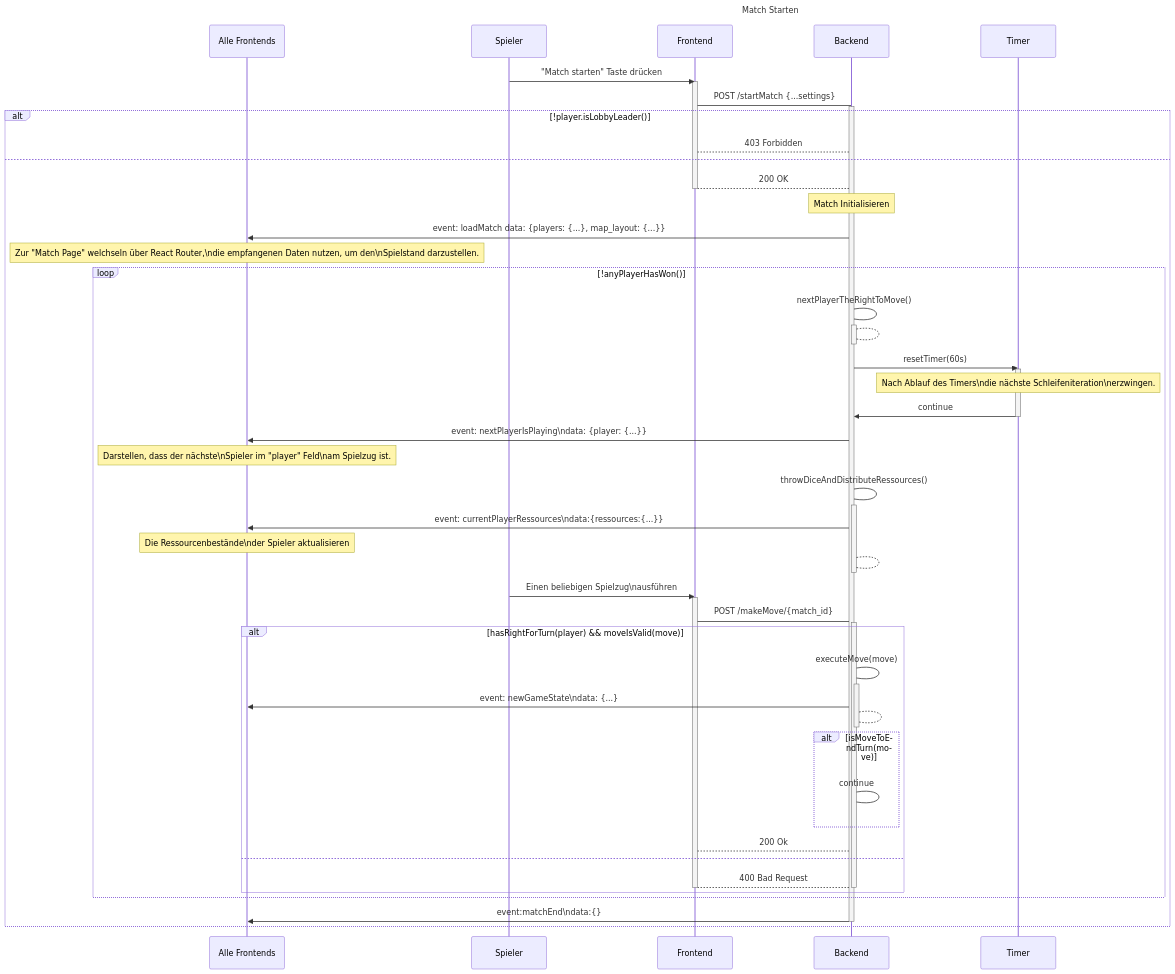
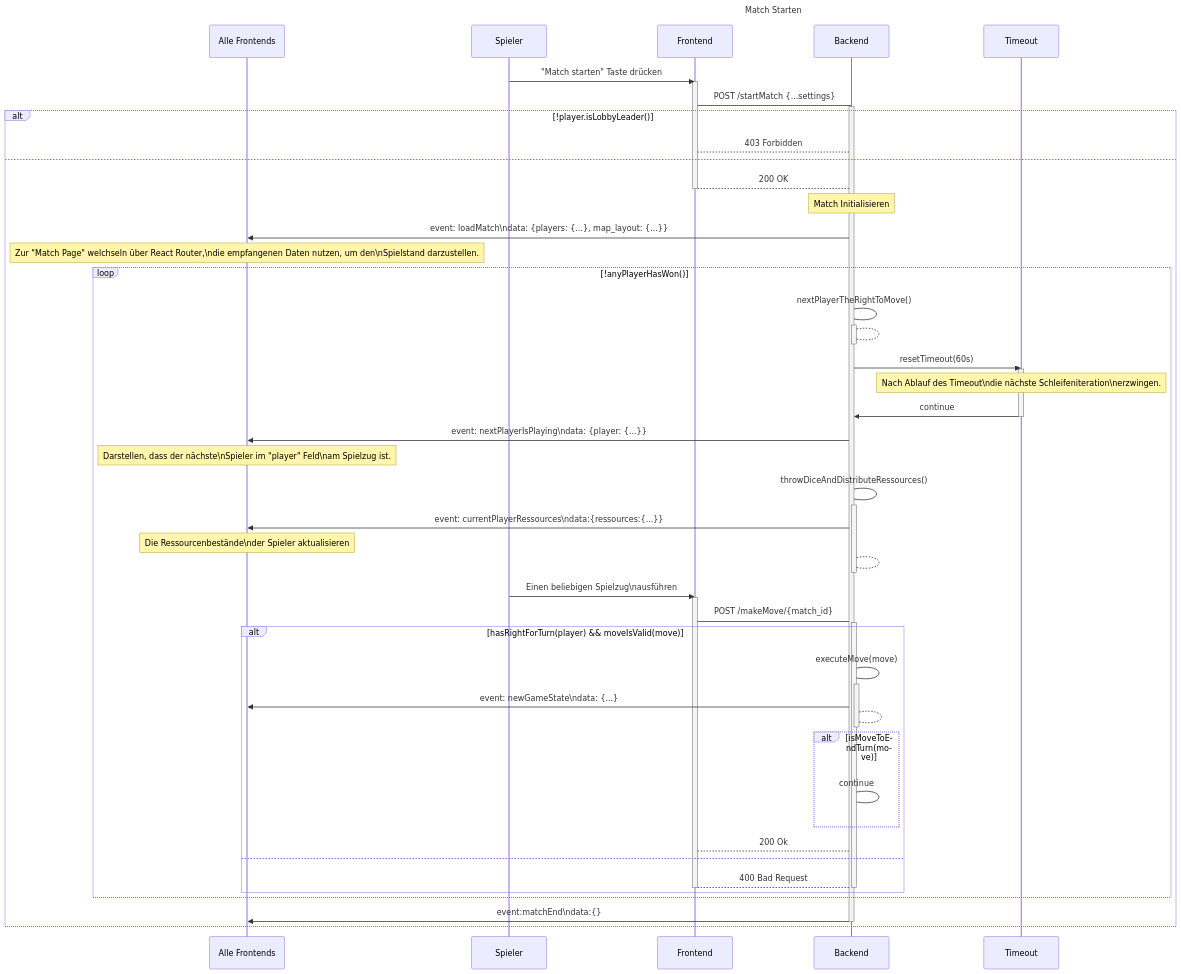
The diagram in srs/game/match_starten/match_starten.md (Hexfields-Studio/HexfieldsDominion-Artefacts), drawn with Mermaid before and after one commit.

Commit message:
Sequenzdiagramm Timer zu Timeout

````diff
--- a/srs/game/match_starten/match_starten.md
+++ b/srs/game/match_starten/match_starten.md
@@ -25,67 +25,68 @@
 ```mermaid
 sequenceDiagram
 title Match Starten
 
 participant Alle Frontends
 participant Spieler
 participant Frontend
 participant Backend
-participant Timer
+participant Timeout
 
 
 Spieler->>Frontend:"Match starten" Taste drücken
 activate Frontend
   Frontend->Backend: POST /startMatch {...settings}
   activate Backend
     alt !player.isLobbyLeader()
       Backend-->Frontend: 403 Forbidden
     else
       Backend-->Frontend: 200 OK
       deactivate Frontend
       note over Backend:Match Initialisieren
-      Backend->>Alle Frontends: event: loadMatch data: {players: {...}, map_layout: {...}}
+      Backend->>Alle Frontends: event: loadMatch\ndata: {players: {...}, map_layout: {...}}
         note over Alle Frontends:Zur "Match Page" welchseln über React Router,\ndie empfangenen Daten nutzen, um den\nSpielstand darzustellen.
       loop !anyPlayerHasWon()
         Backend->Backend: nextPlayerTheRightToMove()
         activate Backend
           Backend-->Backend:
         deactivate Backend
-        Backend->>Timer: resetTimer(60s)
-        activate Timer
-          note over Timer: Nach Ablauf des Timers\ndie nächste Schleifeniteration\nerzwingen.
-          Timer->>Backend: continue
-        deactivate Timer
+        Backend->>Timeout: resetTimeout(60s)
+        activate Timeout
+          note over Timeout: Nach Ablauf des Timeout\ndie nächste Schleifeniteration\nerzwingen.
+          Timeout->>Backend: continue
+        deactivate Timeout
         Backend ->> Alle Frontends: event: nextPlayerIsPlaying\ndata: {player: {...}}
         note over Alle Frontends: Darstellen, dass der nächste\nSpieler im "player" Feld\nam Spielzug ist.
         Backend->Backend: throwDiceAndDistributeRessources()
         activate Backend
           Backend ->> Alle Frontends: event: currentPlayerRessources\ndata:{ressources:{...}}
           note over Alle Frontends:Die Ressourcenbestände\nder Spieler aktualisieren
           Backend --> Backend:
         deactivate Backend
         
         Spieler ->> Frontend: Einen beliebigen Spielzug\nausführen
         activate Frontend
           Frontend->Backend: POST /makeMove/{match_id}
           activate Backend
             alt hasRightForTurn(player) && moveIsValid(move)
               Backend->Backend: executeMove(move)
               activate Backend
                 Backend ->> Alle Frontends: event: newGameState\ndata: {...}
                 Backend-->Backend:
                 
               deactivate Backend
               alt isMoveToEndTurn(move)
                 Backend->Backend: continue
               end
               Frontend-->Backend: 200 Ok
             else
               Frontend-->Backend: 400 Bad Request
               deactivate Backend
               deactivate Frontend
             end
       end
       Backend->>Alle Frontends: event:matchEnd\ndata:{}
       deactivate Backend
     end
+
 ```
````
